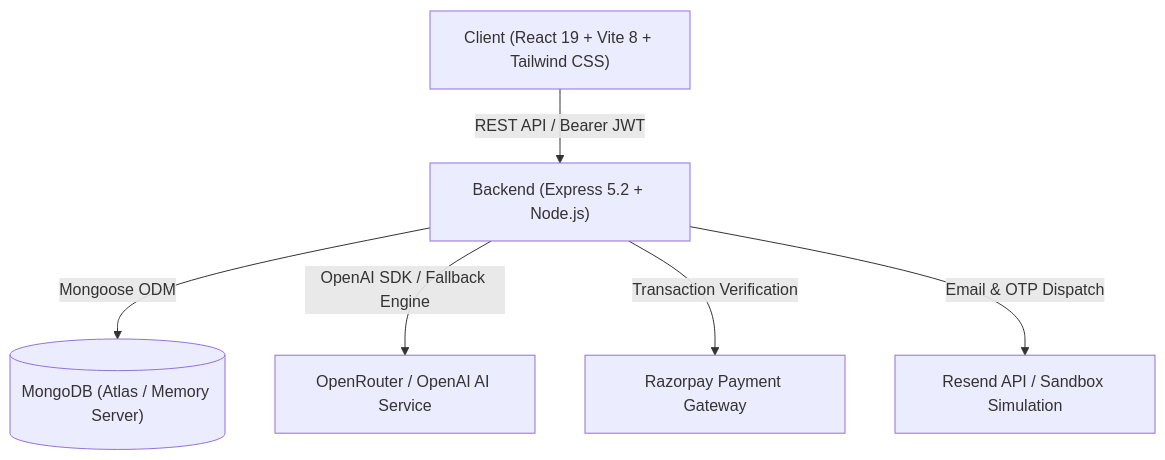
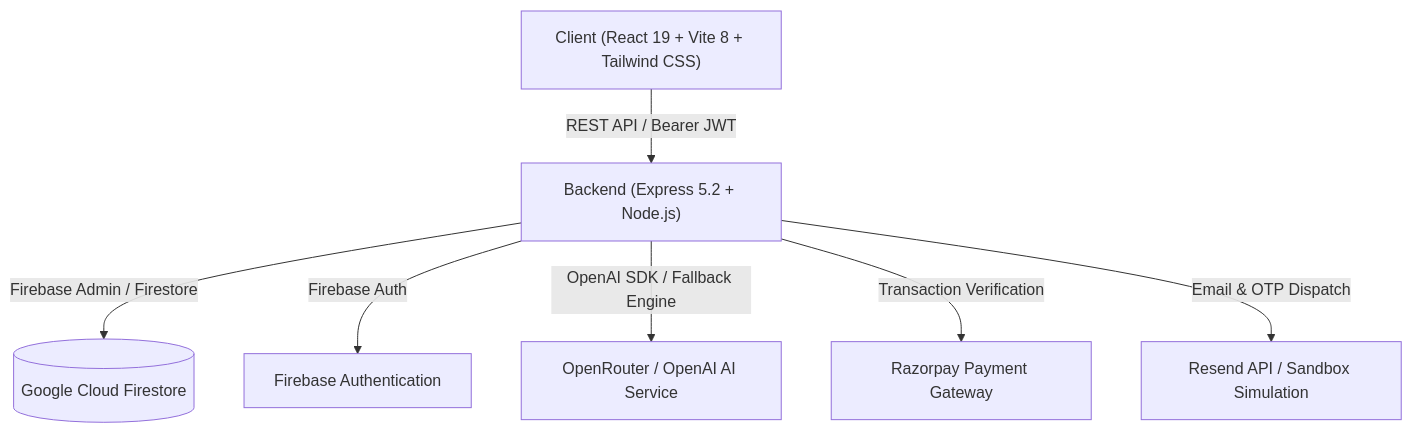
The diagram in README.md (adisingh0824/MockMate-Pro), drawn with Mermaid before and after one commit. The commit also changed other lines of this file and 4 other files, not shown here.

````diff
--- a/README.md
+++ b/README.md
@@ -28,8 +28,9 @@
 ```mermaid
 flowchart TD
     Client["Client (React 19 + Vite 8 + Tailwind CSS)"] -->|REST API / Bearer JWT| Backend["Backend (Express 5.2 + Node.js)"]
-    Backend -->|Mongoose ODM| DB[("MongoDB (Atlas / Memory Server)")]
+    Backend -->|Firebase Admin / Firestore| DB[("Google Cloud Firestore")]
+    Backend -->|Firebase Auth| FA["Firebase Authentication"]
     Backend -->|OpenAI SDK / Fallback Engine| AI["OpenRouter / OpenAI AI Service"]
     Backend -->|Transaction Verification| Razorpay["Razorpay Payment Gateway"]
     Backend -->|Email & OTP Dispatch| Resend["Resend API / Sandbox Simulation"]
 ```
````
